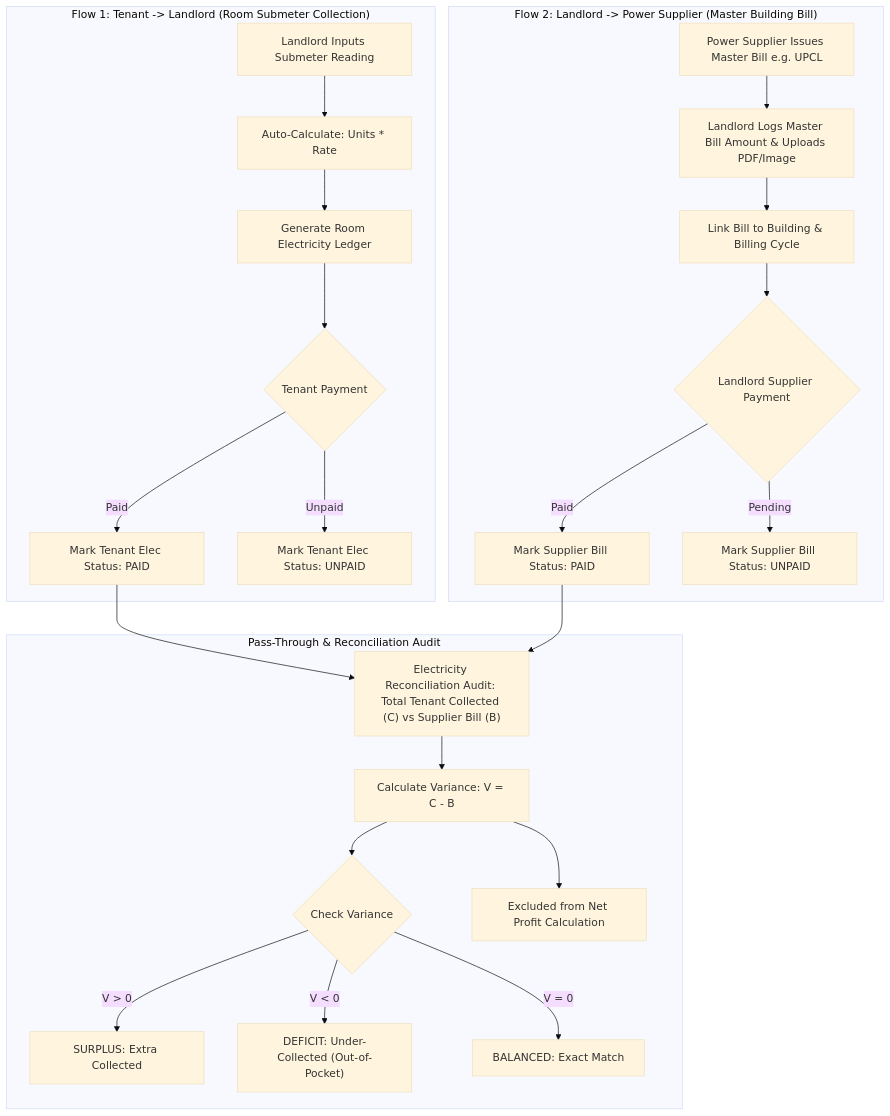
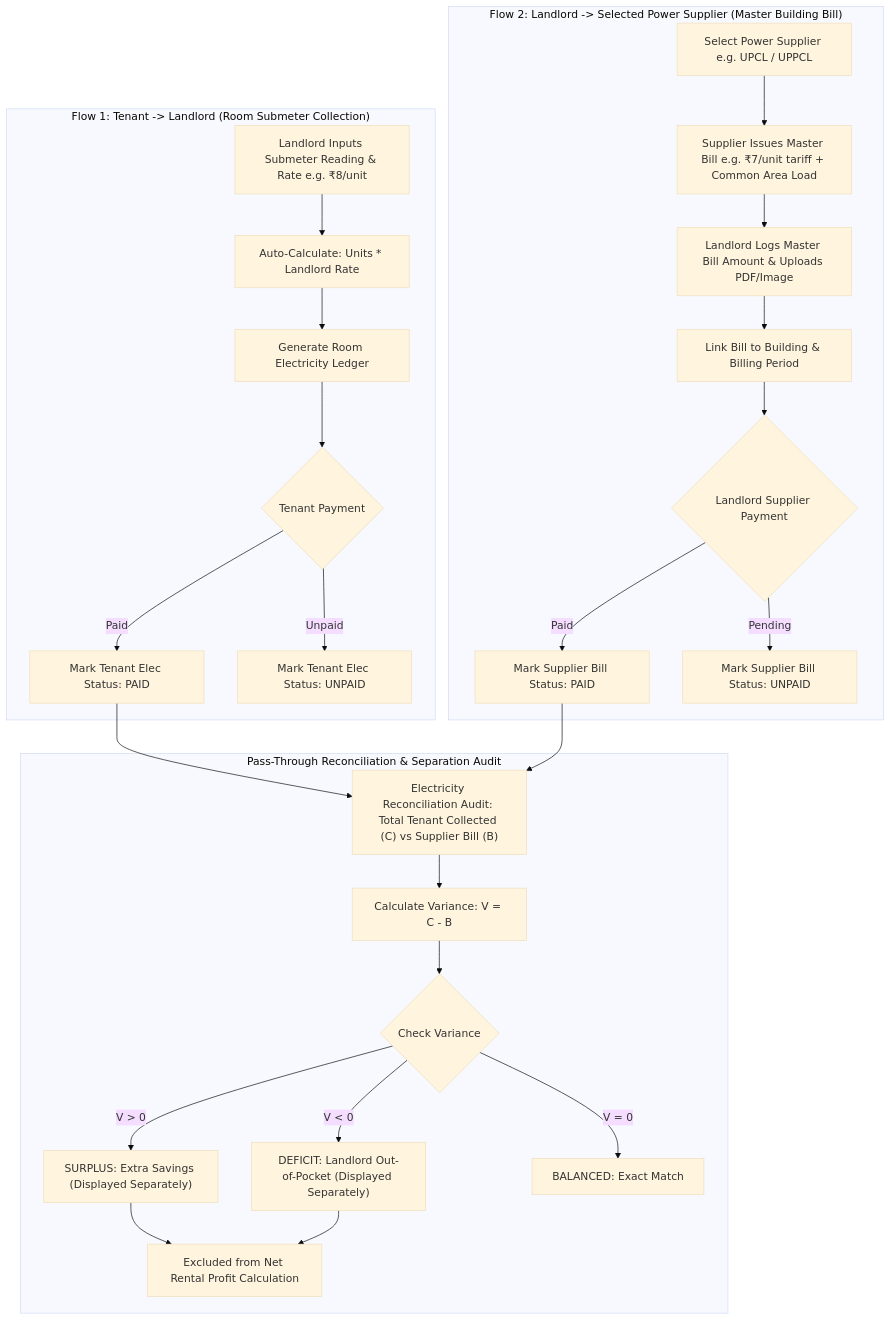
The diagram in docs/01-requirement-analysis.md (abu18sam/my_room_ledger), drawn with Mermaid (base theme) before and after one commit. The commit also changed other lines of this file and 8 other files, not shown here.

First line of the commit message:
feat(docs): define flexible payment tracking, partial payments & multi-cycle balance

````diff
--- a/docs/01-requirement-analysis.md
+++ b/docs/01-requirement-analysis.md
@@ -93,29 +103,31 @@
 ```mermaid
 flowchart TD
     subgraph Flow1 ["Flow 1: Tenant -> Landlord (Room Submeter Collection)"]
-        A[Landlord Inputs Submeter Reading] --> B["Auto-Calculate: Units * Rate"]
+        A[Landlord Inputs Submeter Reading & Rate e.g. ₹8/unit] --> B["Auto-Calculate: Units * Landlord Rate"]
         B --> C[Generate Room Electricity Ledger]
         C --> D{Tenant Payment}
         D -- Paid --> E[Mark Tenant Elec Status: PAID]
         D -- Unpaid --> F[Mark Tenant Elec Status: UNPAID]
     end
 
-    subgraph Flow2 ["Flow 2: Landlord -> Power Supplier (Master Building Bill)"]
-        G[Power Supplier Issues Master Bill e.g. UPCL] --> H[Landlord Logs Master Bill Amount & Uploads PDF/Image]
-        H --> I[Link Bill to Building & Billing Cycle]
-        I --> J{Landlord Supplier Payment}
-        J -- Paid --> K[Mark Supplier Bill Status: PAID]
-        J -- Pending --> L[Mark Supplier Bill Status: UNPAID]
+    subgraph Flow2 ["Flow 2: Landlord -> Selected Power Supplier (Master Building Bill)"]
+        G[Select Power Supplier e.g. UPCL / UPPCL] --> H[Supplier Issues Master Bill e.g. ₹7/unit tariff + Common Area Load]
+        H --> I[Landlord Logs Master Bill Amount & Uploads PDF/Image]
+        I --> J[Link Bill to Building & Billing Period]
+        J --> K{Landlord Supplier Payment}
+        K -- Paid --> L[Mark Supplier Bill Status: PAID]
+        K -- Pending --> M[Mark Supplier Bill Status: UNPAID]
     end
 
-    subgraph Audit ["Pass-Through & Reconciliation Audit"]
-        E --> M["Electricity Reconciliation Audit: Total Tenant Collected (C) vs Supplier Bill (B)"]
-        K --> M
-        M --> N["Calculate Variance: V = C - B"]
-        N --> O{"Check Variance"}
-        O -- "V > 0" --> P["SURPLUS: Extra Collected"]
-        O -- "V < 0" --> Q["DEFICIT: Under-Collected (Out-of-Pocket)"]
-        O -- "V = 0" --> R["BALANCED: Exact Match"]
-        N --> S[Excluded from Net Profit Calculation]
+    subgraph Audit ["Pass-Through Reconciliation & Separation Audit"]
+        E --> N["Electricity Reconciliation Audit: Total Tenant Collected (C) vs Supplier Bill (B)"]
+        L --> N
+        N --> O["Calculate Variance: V = C - B"]
+        O --> P{"Check Variance"}
+        P -- "V > 0" --> Q["SURPLUS: Extra Savings (Displayed Separately)"]
+        P -- "V < 0" --> R["DEFICIT: Landlord Out-of-Pocket (Displayed Separately)"]
+        P -- "V = 0" --> S["BALANCED: Exact Match"]
+        Q --> T[Excluded from Net Rental Profit Calculation]
+        R --> T
     end
 ```
````
